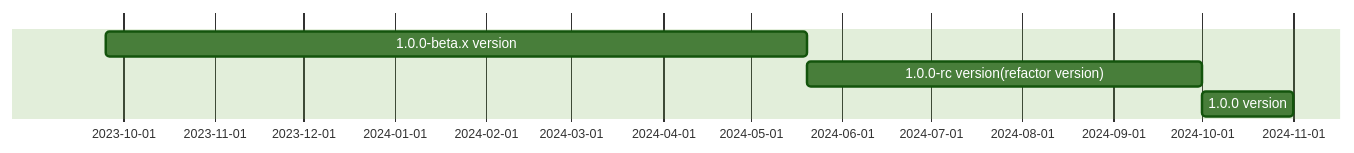
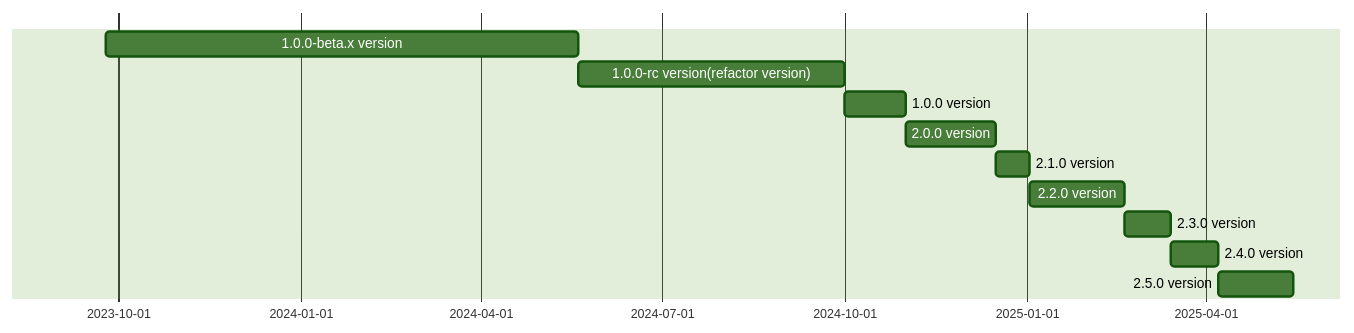
The diagram in README.zh-CN.md (Mu-L/tiny-engine), drawn with Mermaid (forest theme) before and after one commit. The commit also changed other lines of this file and 2 other files, not shown here.

````diff
--- a/README.zh-CN.md
+++ b/README.zh-CN.md
@@ -86,10 +92,15 @@
 ```mermaid
 gantt 
 dateFormat YYYY-MM-DD
 axisFormat %Y-%m-%d
 
 1.0.0-beta.x version : 2023-09-25, 2024-05-20
 1.0.0-rc version(refactor version) : 2024-10-01
 1.0.0 version : 2024-11-01
-
+2.0.0 version : 2024-12-16
+2.1.0 version : 2025-01-02
+2.2.0 version : 2025-02-19
+2.3.0 version : 2025-03-14
+2.4.0 version : 2025-04-07
+2.5.0 version : 2025-05-15
 ```
````
